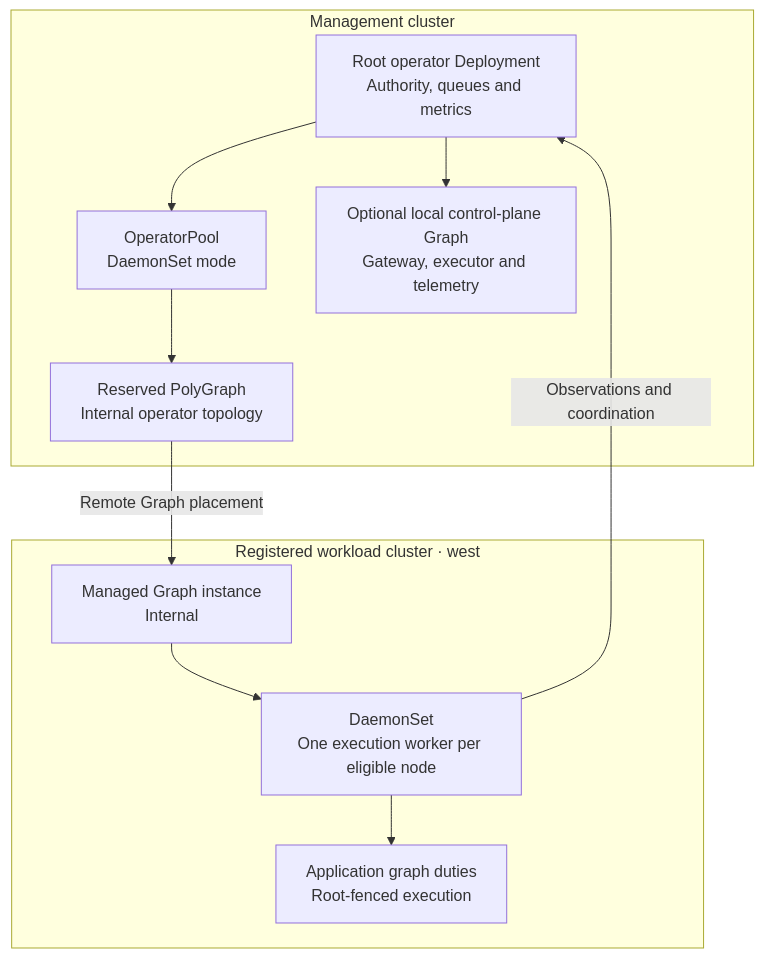
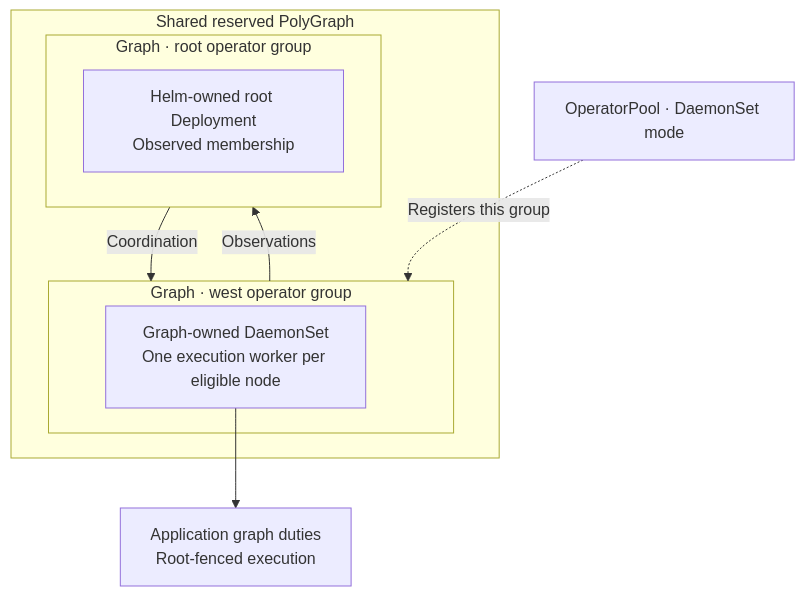
One commit to astrivant/polyad changed the fourth of 4 diagrams in docs/deployment/root-control-plane.md. Above: the diagram before and after it, drawn with Mermaid. The commit also changed other lines of this file and 23 other files, not shown here.

````diff
--- a/docs/deployment/root-control-plane.md
+++ b/docs/deployment/root-control-plane.md
@@ -401,19 +458,15 @@
 ```mermaid
 flowchart TB
-    subgraph management["Management cluster"]
-        root["Root operator Deployment<br/>Authority, queues and metrics"]
-        pool["OperatorPool<br/>DaemonSet mode"]
-        poly["Reserved PolyGraph<br/>Internal operator topology"]
-        local["Optional local control-plane Graph<br/>Gateway, executor and telemetry"]
-        root --> pool --> poly
-        root --> local
+    subgraph poly["Shared reserved PolyGraph"]
+        subgraph management["Graph · root operator group"]
+            root["Helm-owned root Deployment<br/>Observed membership"]
+        end
+        subgraph west["Graph · west operator group"]
+            daemon["Graph-owned DaemonSet<br/>One execution worker per eligible node"]
+        end
+        management -->|"Coordination"| west
+        west -->|"Observations"| management
     end
-    subgraph west["Registered workload cluster · west"]
-        remoteGraph["Managed Graph instance<br/>Internal"]
-        daemon["DaemonSet<br/>One execution worker per eligible node"]
-        work["Application graph duties<br/>Root-fenced execution"]
-        remoteGraph --> daemon --> work
-    end
-    poly -->|"Remote Graph placement"| remoteGraph
-    daemon -->|"Observations and coordination"| root
+    pool["OperatorPool · DaemonSet mode"] -. "Registers this group" .-> west
+    daemon --> work["Application graph duties<br/>Root-fenced execution"]
 ```
````
